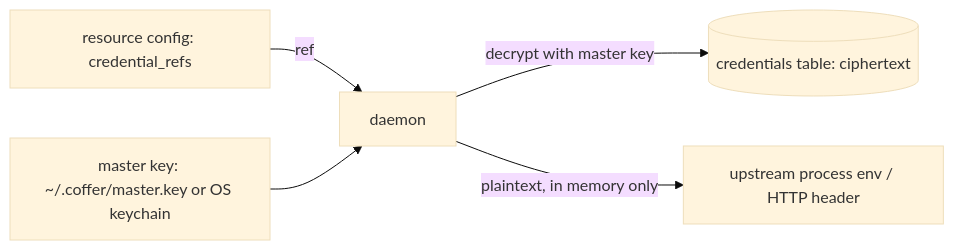
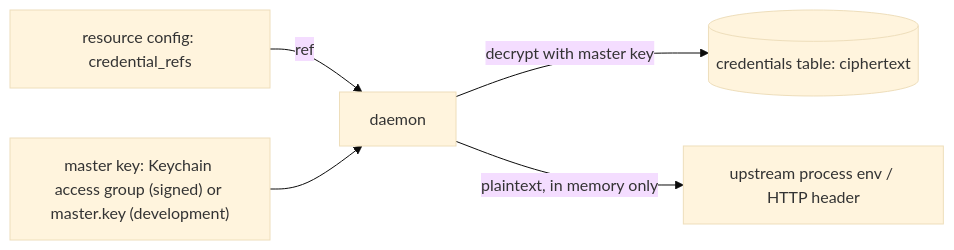
The diagram in docs-site/guides/credentials.md (wyx-sg/Coffer), drawn with Mermaid (base theme) before and after one commit. The commit also changed other lines of this file and 160 other files, not shown here.

````diff
--- a/docs-site/guides/credentials.md
+++ b/docs-site/guides/credentials.md
@@ -17,7 +19,7 @@
 ```mermaid
 flowchart LR
     CFG["resource config: credential_refs"] -->|ref| D["daemon"]
     D -->|decrypt with master key| DB[("credentials table: ciphertext")]
     D -->|plaintext, in memory only| UP["upstream process env / HTTP header"]
-    MK["master key: ~/.coffer/master.key or OS keychain"] --> D
+    MK["master key: Keychain access group (signed) or master.key (development)"] --> D
 ```
````
